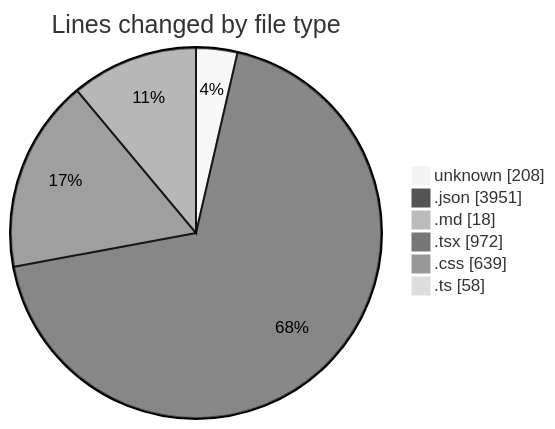
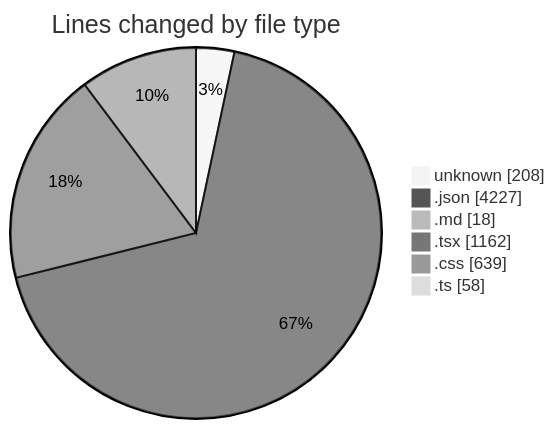
The first of 2 diagrams in 2025-08-07/ribbon/README.md (EIIisD/code-tracking), drawn with Mermaid (neutral theme) before and after one commit. The commit also changed other lines of this file and 1 other file, not shown here.

````diff
--- a/2025-08-07/ribbon/README.md
+++ b/2025-08-07/ribbon/README.md
@@ -35,10 +36,10 @@
 ```mermaid
 pie showData
 title Lines changed by file type
 "unknown" : 208
-".json" : 3951
+".json" : 4227
 ".md" : 18
-".tsx" : 972
+".tsx" : 1162
 ".css" : 639
 ".ts" : 58
 ```
````
